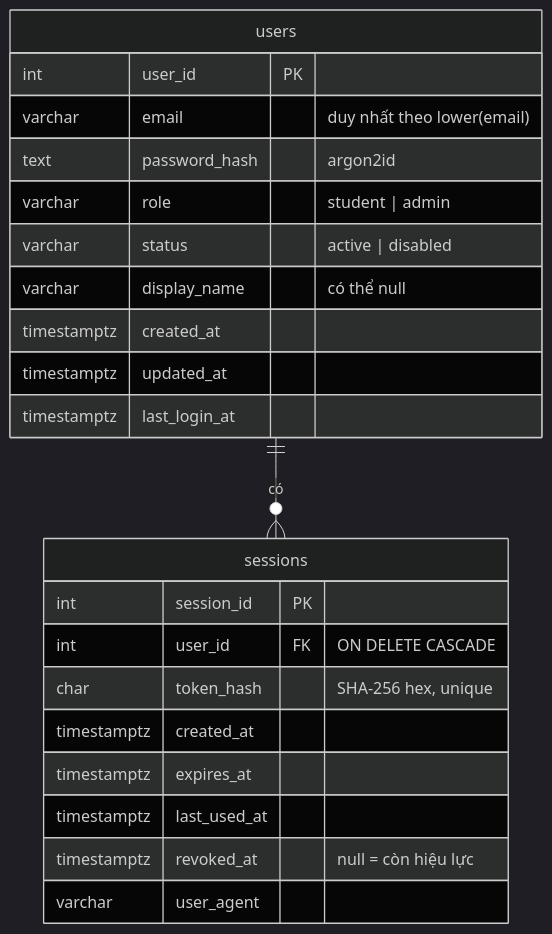
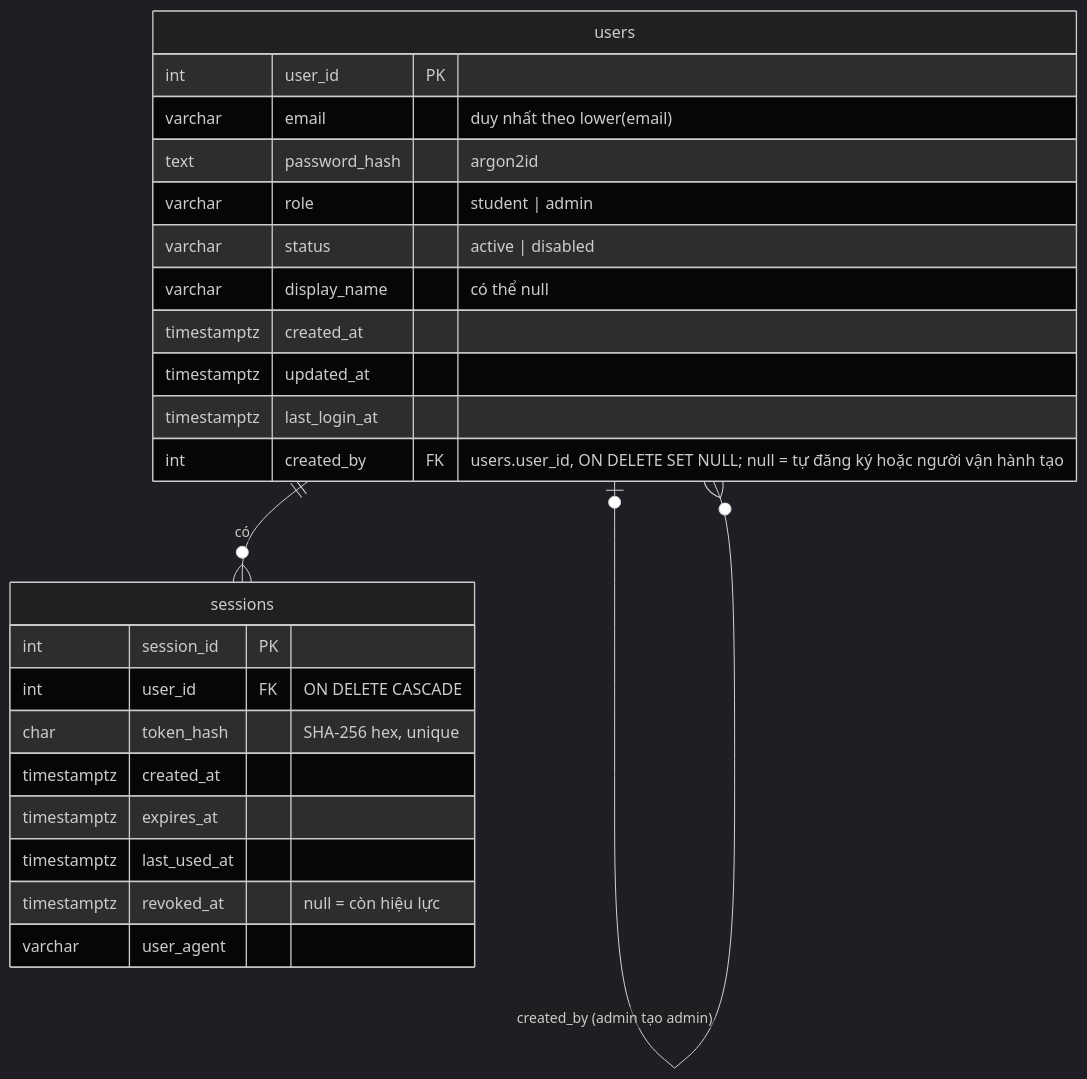
The first of 5 diagrams in docs/architecture/backend-auth.md (Minhduc7904/K5-Day15-L3B-xoilac), drawn with Mermaid (dark theme) before and after one commit. The commit also changed other lines of this file and 6 other files, not shown here.

````diff
--- a/docs/architecture/backend-auth.md
+++ b/docs/architecture/backend-auth.md
@@ -32,25 +35,27 @@
 ```mermaid
 erDiagram
   users ||--o{ sessions : "có"
+  users |o--o{ users : "created_by (admin tạo admin)"
   users {
     int user_id PK
     varchar email "duy nhất theo lower(email)"
     text password_hash "argon2id"
     varchar role "student | admin"
     varchar status "active | disabled"
     varchar display_name "có thể null"
     timestamptz created_at
     timestamptz updated_at
     timestamptz last_login_at
+    int created_by FK "users.user_id, ON DELETE SET NULL; null = tự đăng ký hoặc người vận hành tạo"
   }
   sessions {
     int session_id PK
     int user_id FK "ON DELETE CASCADE"
     char token_hash "SHA-256 hex, unique"
     timestamptz created_at
     timestamptz expires_at
     timestamptz last_used_at
     timestamptz revoked_at "null = còn hiệu lực"
     varchar user_agent
   }
 ```
````
